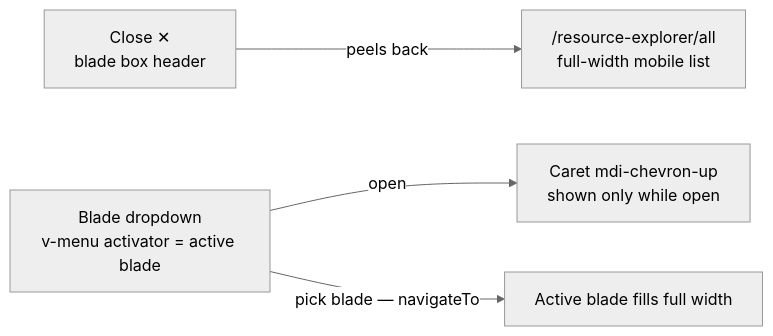
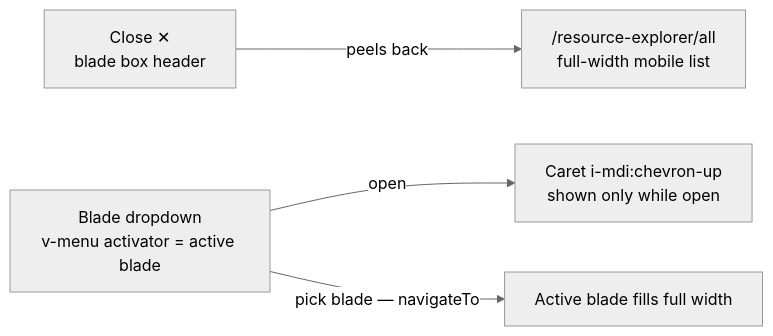
One commit to Esposter/Esposter changed the second of 3 diagrams in apps/web/content/docs/resource/explorer.md. Above: the diagram before and after it, drawn with Mermaid (neutral theme). The commit also changed other lines of this file and 236 other files, not shown here.

````diff
--- a/apps/web/content/docs/resource/explorer.md
+++ b/apps/web/content/docs/resource/explorer.md
@@ -114,6 +114,6 @@
 ```mermaid
 flowchart LR
   CLOSE["Close ✕<br/>blade box header"] -->|peels back| ALL["/resource-explorer/all<br/>full-width mobile list"]
-  BNAV["Blade dropdown<br/>v-menu activator = active blade"] -->|open| CARET["Caret mdi-chevron-up<br/>shown only while open"]
+  BNAV["Blade dropdown<br/>v-menu activator = active blade"] -->|open| CARET["Caret i-mdi:chevron-up<br/>shown only while open"]
   BNAV -->|pick blade — navigateTo| BLADE["Active blade fills full width"]
 ```
````
